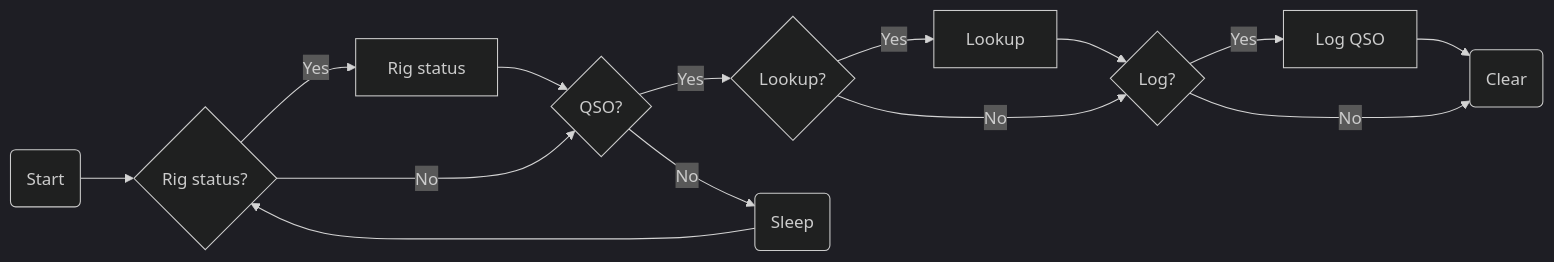
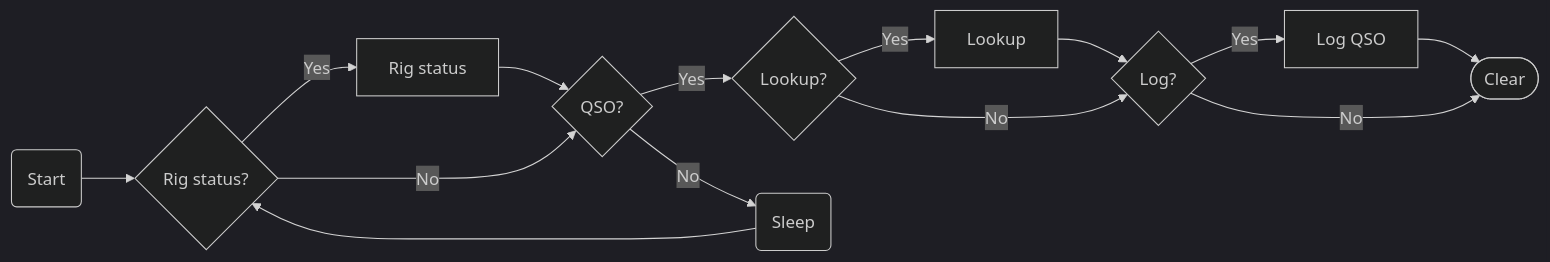
Before and after one commit to ckuhtz/ham: the first of 2 diagrams in doc/workflow.md, drawn with Mermaid (dark theme). The commit also changed other lines of this file, not shown here.

````diff
--- a/doc/workflow.md
+++ b/doc/workflow.md
@@ -5,18 +5,18 @@
 ```mermaid
 flowchart LR;
-    Start(Start);
-    Clear(Clear);
+    Start([Start]);
+        Clear([Clear]);
     Start(Start) --> Rig0{Rig status?};
     Rig0 -->|Yes| Rig1[Rig status];
     Rig1 --> QSO0{QSO?};
     Rig0 -->|No| QSO0; 
     QSO0 -->|Yes| Lookup0{Lookup?};
     QSO0 -->|No| QSO1(Sleep);
     QSO1 --> Rig0;
     Lookup0 -->|Yes| Lookup1[Lookup];
     Lookup1 --> Log0;
     Lookup0 -->|No| Log0{Log?};
     Log0 -->|Yes| Log1[Log QSO];
     Log1 --> Clear;
     Log0 -->|No| Clear;
 ```
````
